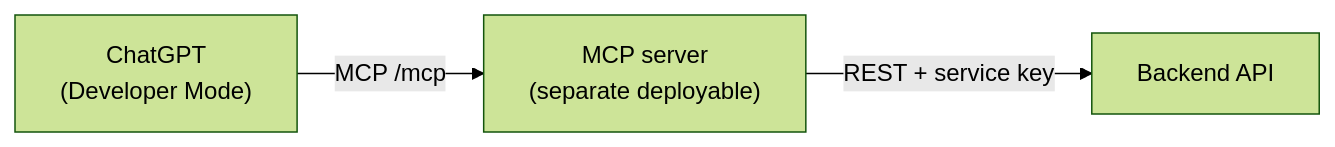
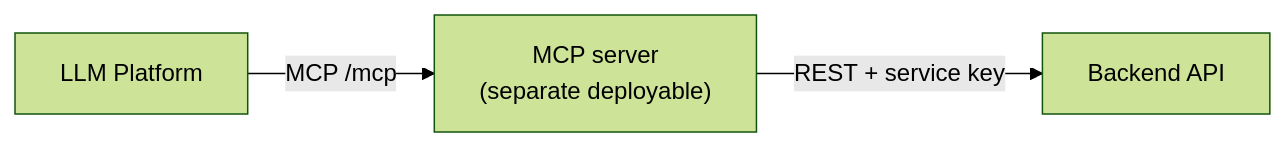
One commit to phanxuanquang/jetomax-assignment changed the diagram in docs/mcp-integration.md. Above: the diagram before and after it, drawn with Mermaid (forest theme). The commit also changed other lines of this file and 7 other files, not shown here.

Commit message:
feat(mcp): update project structure and documentation for MCP server integration

````diff
--- a/docs/mcp-integration.md
+++ b/docs/mcp-integration.md
@@ -5,5 +5,5 @@
 ```mermaid
 flowchart LR
-    GPT["ChatGPT<br/>(Developer Mode)"] -->|MCP /mcp| MCPS["MCP server<br/>(separate deployable)"]
+    GPT["LLM Platform"] -->|MCP /mcp| MCPS["MCP server<br/>(separate deployable)"]
     MCPS -->|REST + service key| API["Backend API"]
 ```
````
